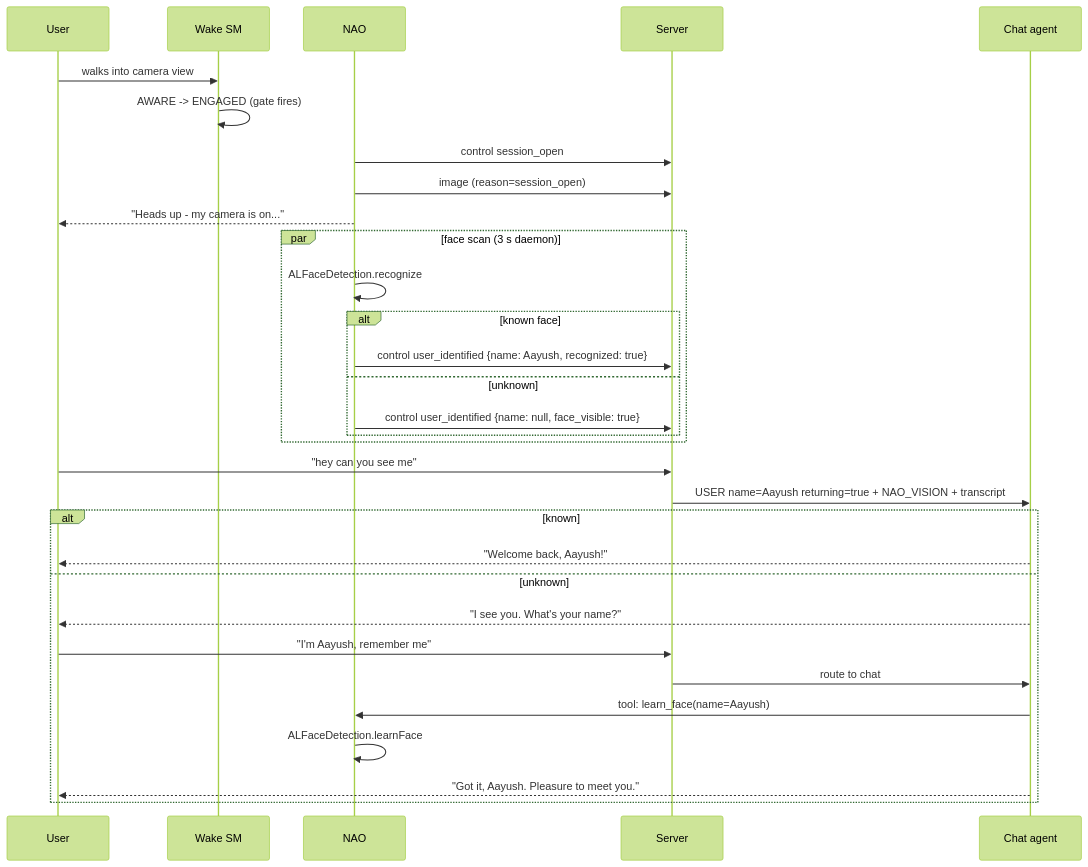
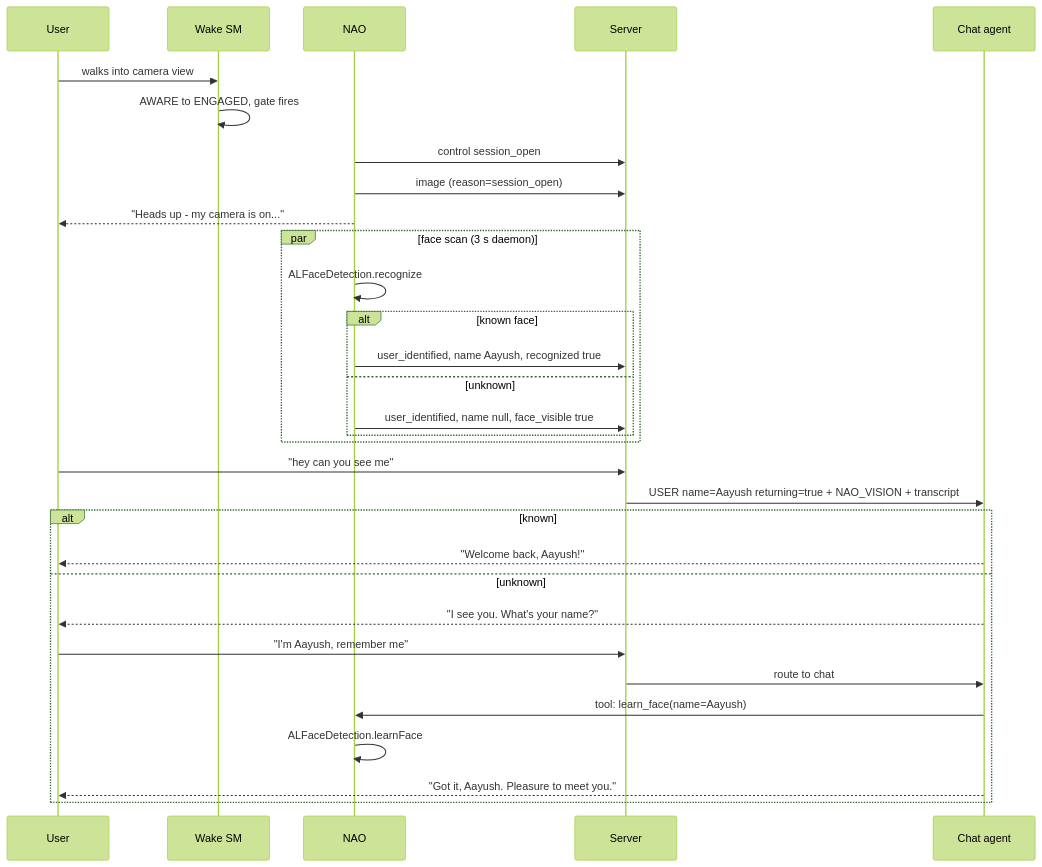
One commit to theaayushstha1/Nao-OpenAI-Morgan-Assist changed the seventh of 8 diagrams in README.md. Above: the diagram before and after it, drawn with Mermaid (forest theme). The commit also changed other lines of this file, not shown here.

First line of the commit message:
README: bulletproof every mermaid label, remove arrow-in-message

````diff
--- a/README.md
+++ b/README.md
@@ -279,34 +279,34 @@
 ```mermaid
 sequenceDiagram
     participant U as User
     participant W as Wake SM
     participant N as NAO
     participant S as Server
     participant A as Chat agent
 
     U->>W: walks into camera view
-    W->>W: AWARE -> ENGAGED (gate fires)
+    W->>W: AWARE to ENGAGED, gate fires
     N->>S: control session_open
     N->>S: image (reason=session_open)
     N-->>U: "Heads up - my camera is on..."
     par face scan (3 s daemon)
         N->>N: ALFaceDetection.recognize
         alt known face
-            N->>S: control user_identified {name: Aayush, recognized: true}
+            N->>S: user_identified, name Aayush, recognized true
         else unknown
-            N->>S: control user_identified {name: null, face_visible: true}
+            N->>S: user_identified, name null, face_visible true
         end
     end
     U->>S: "hey can you see me"
     S->>A: USER name=Aayush returning=true + NAO_VISION + transcript
     alt known
         A-->>U: "Welcome back, Aayush!"
     else unknown
         A-->>U: "I see you. What's your name?"
         U->>S: "I'm Aayush, remember me"
         S->>A: route to chat
         A->>N: tool: learn_face(name=Aayush)
         N->>N: ALFaceDetection.learnFace
         A-->>U: "Got it, Aayush. Pleasure to meet you."
     end
 ```
````
